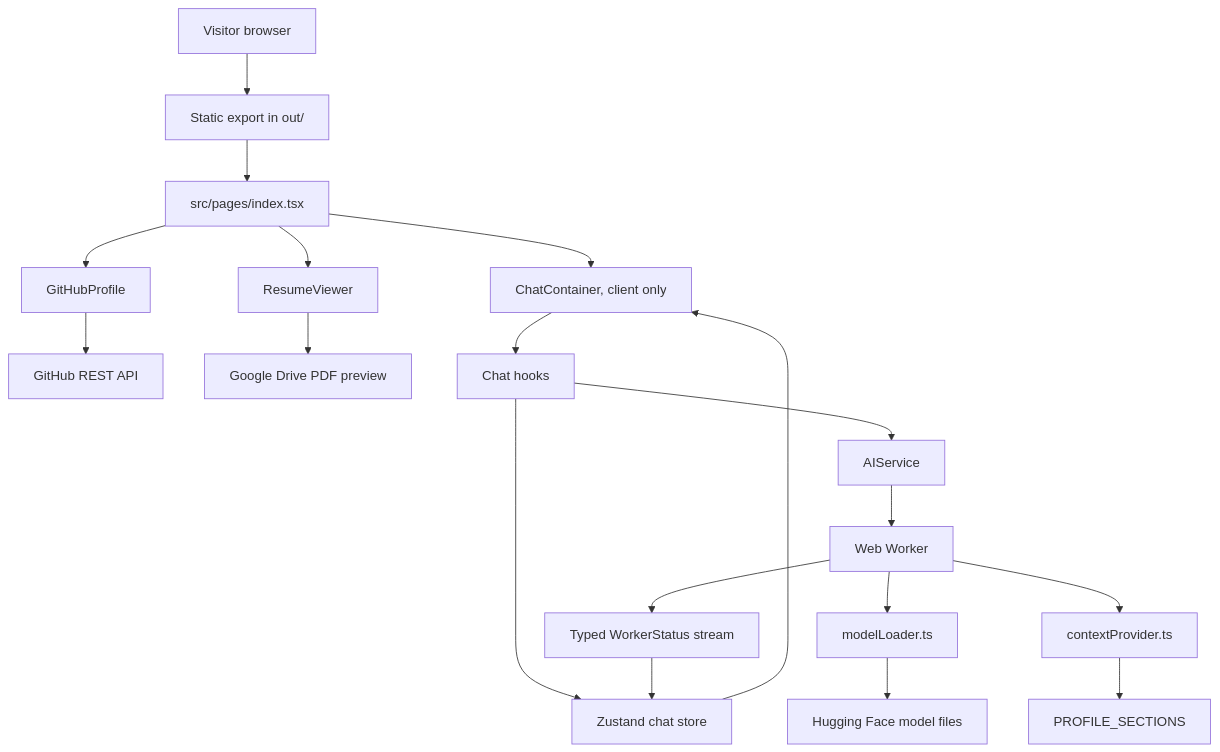
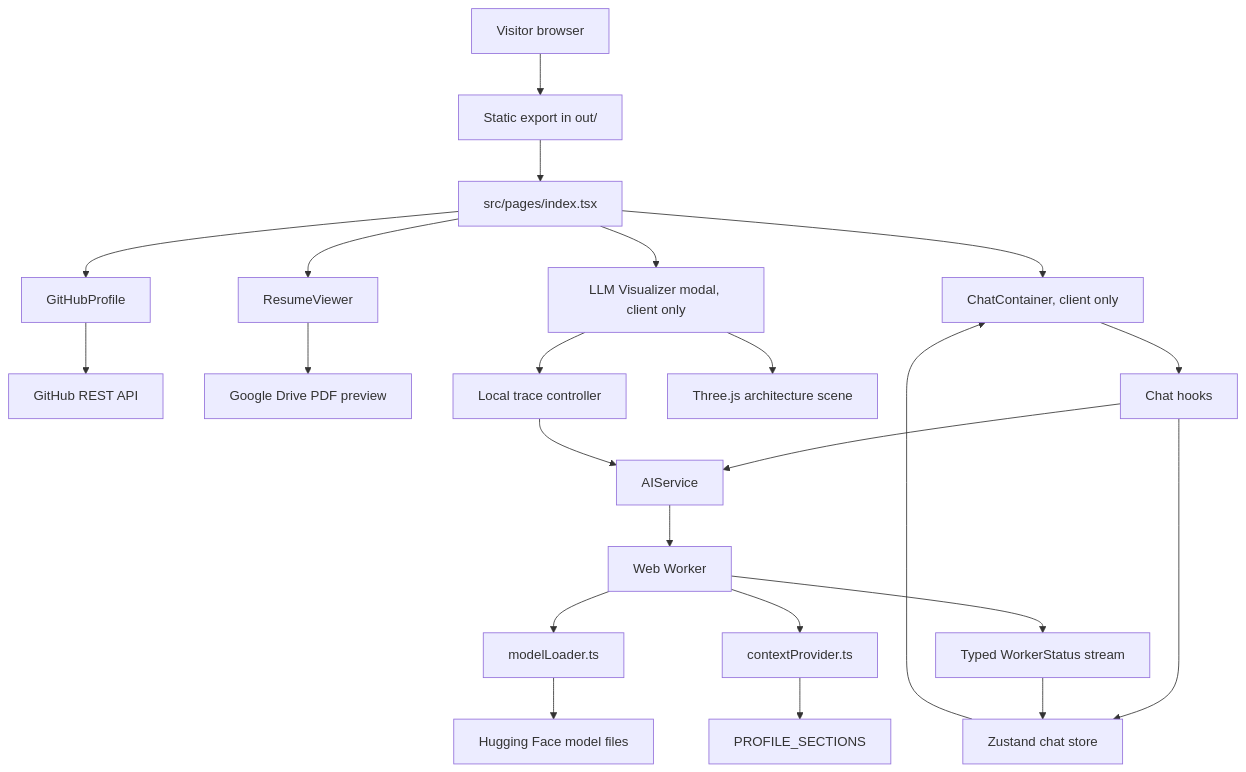
Before and after one commit to justinthelaw/justinthelaw: the first of 4 diagrams in docs/DIAGRAMS.md, drawn with Mermaid. The commit also changed other lines of this file and 18 other files, not shown here.

Commit message:
feat: add llm visualizer and harden teapot pipeline

````diff
--- a/docs/DIAGRAMS.md
+++ b/docs/DIAGRAMS.md
@@ -23,21 +24,25 @@
 ```mermaid
 flowchart TD
   visitor["Visitor browser"] --> staticSite["Static export in out/"]
   staticSite --> page["src/pages/index.tsx"]
   page --> profile["GitHubProfile"]
   profile --> github["GitHub REST API"]
   page --> resume["ResumeViewer"]
   resume --> drive["Google Drive PDF preview"]
   page --> chat["ChatContainer, client only"]
+  page --> visualizer["LLM Visualizer modal, client only"]
   chat --> chatHooks["Chat hooks"]
   chatHooks --> chatStore["Zustand chat store"]
   chatHooks --> aiService["AIService"]
+  visualizer --> three["Three.js architecture scene"]
+  visualizer --> trace["Local trace controller"]
+  trace --> aiService
   aiService --> worker["Web Worker"]
   worker --> loader["modelLoader.ts"]
   loader --> hf["Hugging Face model files"]
   worker --> context["contextProvider.ts"]
   context --> profileSections["PROFILE_SECTIONS"]
   worker --> stream["Typed WorkerStatus stream"]
   stream --> chatStore
   chatStore --> chat
 ```
````
